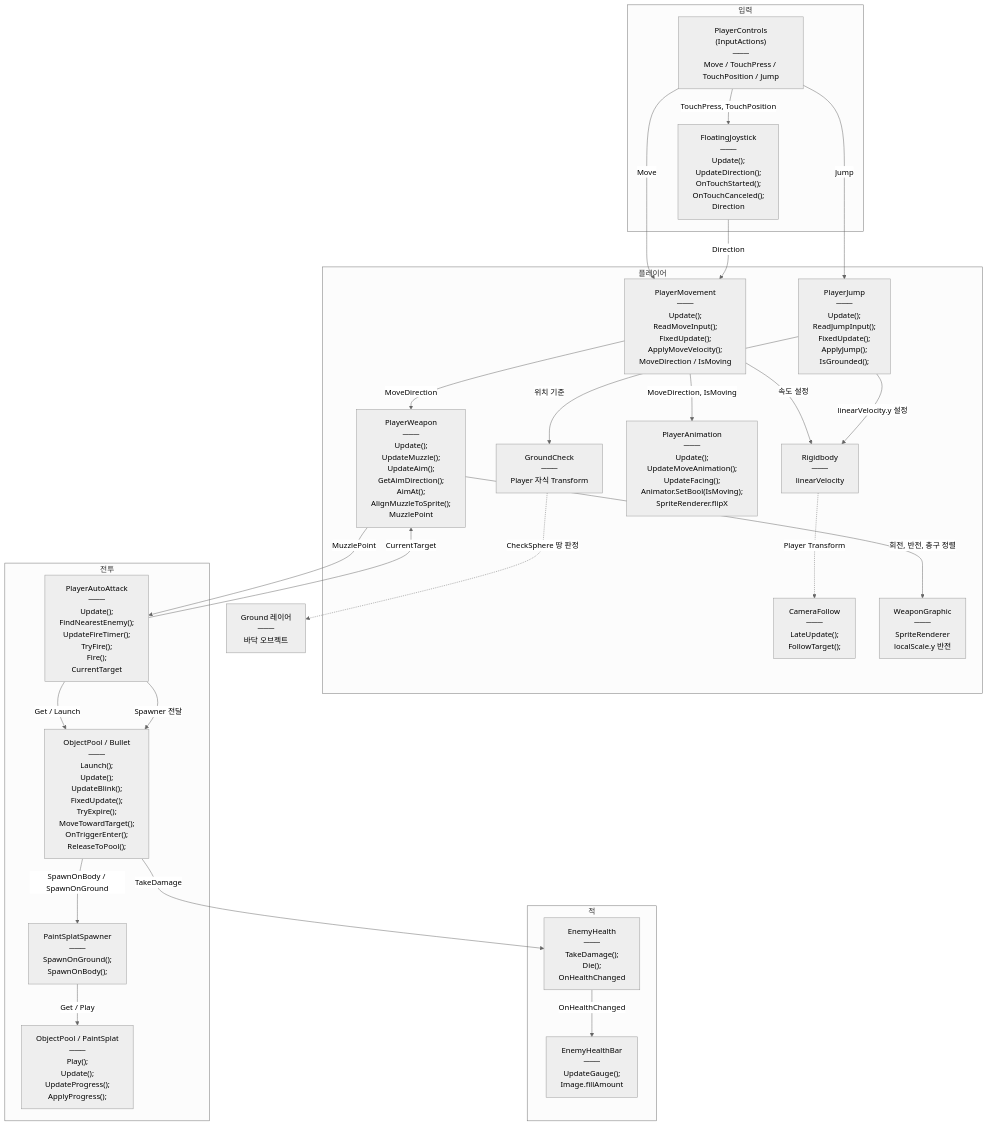
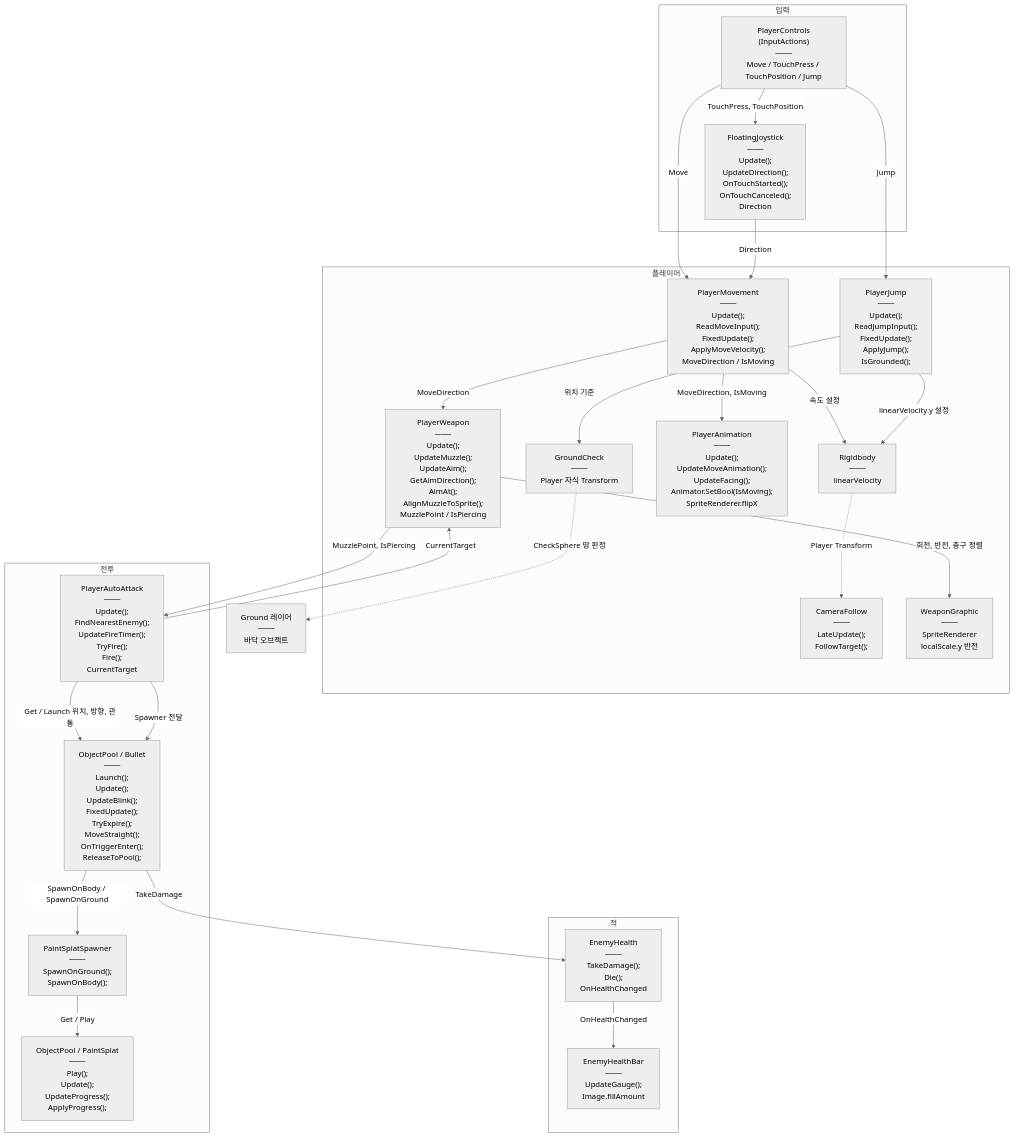
One commit to jayy5288sk/AICodeProject changed the diagram in Docs/ImplementDocs/Diagram.md. Above: the diagram before and after it, drawn with Mermaid (neutral theme). The commit also changed other lines of this file and 5 other files, not shown here.

````diff
--- a/Docs/ImplementDocs/Diagram.md
+++ b/Docs/ImplementDocs/Diagram.md
@@ -4,53 +4,53 @@
 ```mermaid
 flowchart TD
     subgraph InputGroup["입력"]
         Input["PlayerControls<br/>(InputActions)<br/>───<br/>Move / TouchPress / TouchPosition / Jump"]
         Joystick["FloatingJoystick<br/>───<br/>Update();<br/>UpdateDirection();<br/>OnTouchStarted();<br/>OnTouchCanceled();<br/>Direction"]
     end
 
     subgraph PlayerGroup["플레이어"]
         Movement["PlayerMovement<br/>───<br/>Update();<br/>ReadMoveInput();<br/>FixedUpdate();<br/>ApplyMoveVelocity();<br/>MoveDirection / IsMoving"]
         Body["Rigidbody<br/>───<br/>linearVelocity"]
         Jump["PlayerJump<br/>───<br/>Update();<br/>ReadJumpInput();<br/>FixedUpdate();<br/>ApplyJump();<br/>IsGrounded();"]
         GroundCheck["GroundCheck<br/>───<br/>Player 자식 Transform"]
         Animation["PlayerAnimation<br/>───<br/>Update();<br/>UpdateMoveAnimation();<br/>UpdateFacing();<br/>Animator.SetBool(IsMoving);<br/>SpriteRenderer.flipX"]
         Camera["CameraFollow<br/>───<br/>LateUpdate();<br/>FollowTarget();"]
-        Weapon["PlayerWeapon<br/>───<br/>Update();<br/>UpdateMuzzle();<br/>UpdateAim();<br/>GetAimDirection();<br/>AimAt();<br/>AlignMuzzleToSprite();<br/>MuzzlePoint"]
+        Weapon["PlayerWeapon<br/>───<br/>Update();<br/>UpdateMuzzle();<br/>UpdateAim();<br/>GetAimDirection();<br/>AimAt();<br/>AlignMuzzleToSprite();<br/>MuzzlePoint / IsPiercing"]
         WeaponGraphic["WeaponGraphic<br/>───<br/>SpriteRenderer<br/>localScale.y 반전"]
     end
 
     subgraph CombatGroup["전투"]
         AutoAttack["PlayerAutoAttack<br/>───<br/>Update();<br/>FindNearestEnemy();<br/>UpdateFireTimer();<br/>TryFire();<br/>Fire();<br/>CurrentTarget"]
-        Bullet["ObjectPool / Bullet<br/>───<br/>Launch();<br/>Update();<br/>UpdateBlink();<br/>FixedUpdate();<br/>TryExpire();<br/>MoveTowardTarget();<br/>OnTriggerEnter();<br/>ReleaseToPool();"]
+        Bullet["ObjectPool / Bullet<br/>───<br/>Launch();<br/>Update();<br/>UpdateBlink();<br/>FixedUpdate();<br/>TryExpire();<br/>MoveStraight();<br/>OnTriggerEnter();<br/>ReleaseToPool();"]
         Spawner["PaintSplatSpawner<br/>───<br/>SpawnOnGround();<br/>SpawnOnBody();"]
         PaintSplat["ObjectPool / PaintSplat<br/>───<br/>Play();<br/>Update();<br/>UpdateProgress();<br/>ApplyProgress();"]
     end
 
     subgraph EnemyGroup["적"]
         EnemyHealth["EnemyHealth<br/>───<br/>TakeDamage();<br/>Die();<br/>OnHealthChanged"]
         EnemyHealthBar["EnemyHealthBar<br/>───<br/>UpdateGauge();<br/>Image.fillAmount"]
     end
 
     GroundLayer["Ground 레이어<br/>───<br/>바닥 오브젝트"]
 
     Input -->|TouchPress, TouchPosition| Joystick
     Input -->|Move| Movement
     Joystick -->|Direction| Movement
     Movement -->|속도 설정| Body
     Movement -->|MoveDirection, IsMoving| Animation
     Body -.->|Player Transform| Camera
     Movement -->|MoveDirection| Weapon
     Weapon -->|회전, 반전, 총구 정렬| WeaponGraphic
     AutoAttack -->|CurrentTarget| Weapon
-    Weapon -->|MuzzlePoint| AutoAttack
-    AutoAttack -->|Get / Launch| Bullet
+    Weapon -->|MuzzlePoint, IsPiercing| AutoAttack
+    AutoAttack -->|Get / Launch 위치, 방향, 관통| Bullet
     AutoAttack -->|Spawner 전달| Bullet
     Bullet -->|TakeDamage| EnemyHealth
     Bullet -->|SpawnOnBody / SpawnOnGround| Spawner
     Spawner -->|Get / Play| PaintSplat
     EnemyHealth -->|OnHealthChanged| EnemyHealthBar
     Input -->|Jump| Jump
     Jump -->|위치 기준| GroundCheck
     GroundCheck -.->|CheckSphere 땅 판정| GroundLayer
     Jump -->|linearVelocity.y 설정| Body
 ```
````
